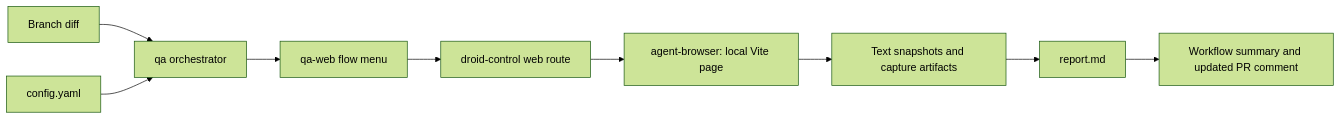
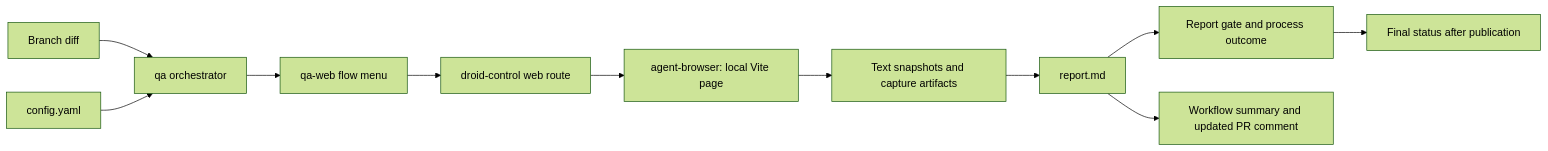
Before and after one commit to FranklinP44/ikigai: the diagram in droid-wiki/features/functional-qa.md, drawn with Mermaid (forest theme). The commit also changed other lines of this file and 22 other files, not shown here.

````diff
--- a/droid-wiki/features/functional-qa.md
+++ b/droid-wiki/features/functional-qa.md
@@ -13,11 +15,13 @@
 ```mermaid
 flowchart LR
     Diff[Branch diff] --> QA[qa orchestrator]
     Config[config.yaml] --> QA
     QA --> Menu[qa-web flow menu]
     Menu --> Control[droid-control web route]
     Control --> Browser[agent-browser: local Vite page]
     Browser --> Evidence[Text snapshots and capture artifacts]
     Evidence --> Report[report.md]
+    Report --> Gate[Report gate and process outcome]
     Report --> CI[Workflow summary and updated PR comment]
+    Gate --> Status[Final status after publication]
 ```
````
